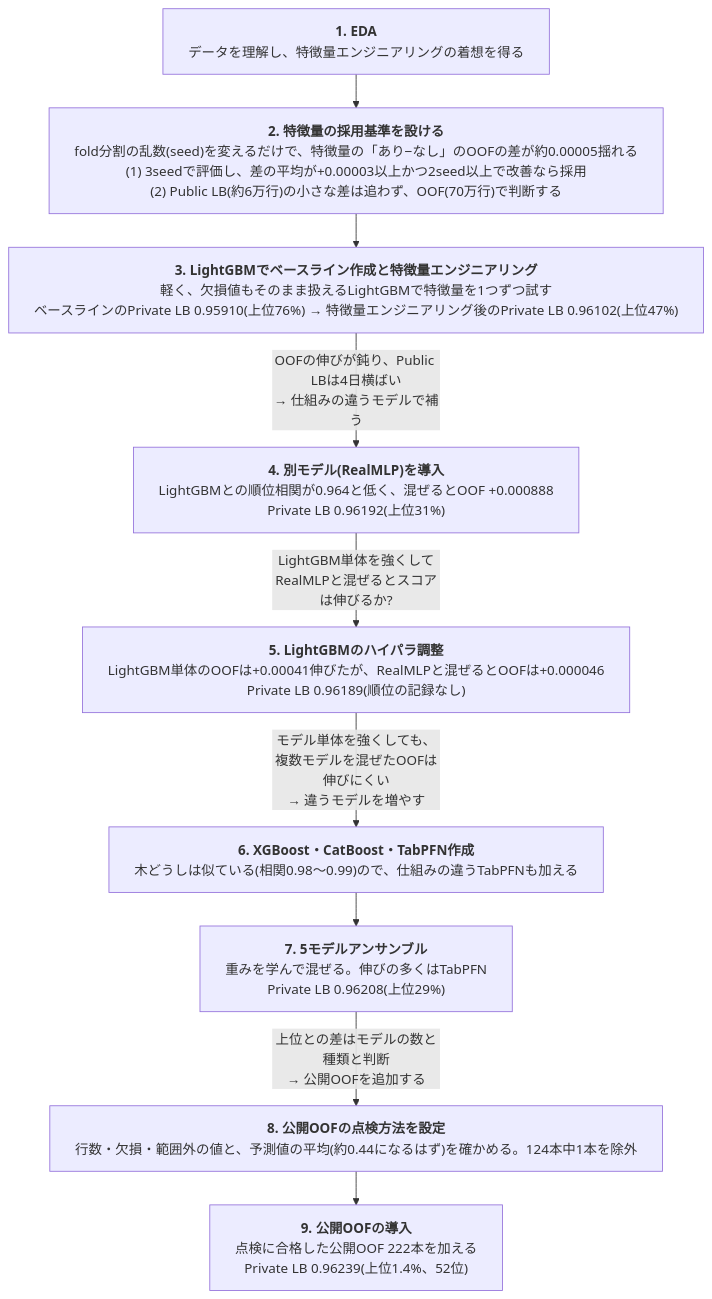
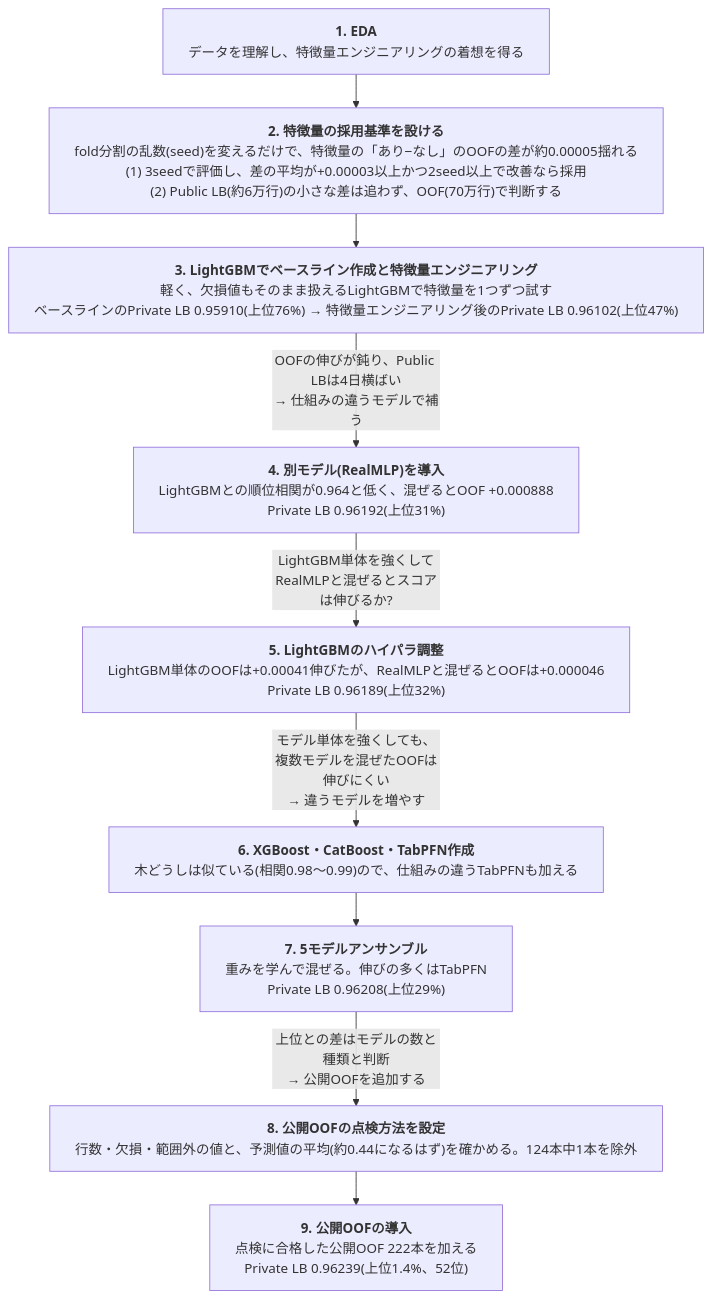
One commit to aramaki5443-art/kaggle-s6e10-airline-satisfaction changed the first of 3 diagrams in README.md. Above: the diagram before and after it, drawn with Mermaid.

Commit message:
README: フロー図5のPrivateに上位%(約1,190位/3,748)を追加
Claude-Session: https://claude.ai/code/session_01W4XQw12fApd9PttvvKTwbS

````diff
--- a/README.md
+++ b/README.md
@@ -21,24 +21,24 @@
 ```mermaid
 ---
 config:
   flowchart:
     wrappingWidth: 800
     rankSpacing: 40
 ---
 flowchart TD
   S1["<b>1. EDA</b><br>データを理解し、特徴量エンジニアリングの着想を得る"]
   SC["<b>2. 特徴量の採用基準を設ける</b><br>fold分割の乱数(seed)を変えるだけで、特徴量の「あり−なし」のOOFの差が約0.00005揺れる<br>(1) 3seedで評価し、差の平均が+0.00003以上かつ2seed以上で改善なら採用<br>(2) Public LB(約6万行)の小さな差は追わず、OOF(70万行)で判断する"]
   S2["<b>3. LightGBMでベースライン作成と特徴量エンジニアリング</b><br>軽く、欠損値もそのまま扱えるLightGBMで特徴量を1つずつ試す<br>ベースラインのPrivate LB 0.95910(上位76%) → 特徴量エンジニアリング後のPrivate LB 0.96102(上位47%)"]
   S3["<b>4. 別モデル(RealMLP)を導入</b><br>LightGBMとの順位相関が0.964と低く、混ぜるとOOF +0.000888<br>Private LB 0.96192(上位31%)"]
-  S4["<b>5. LightGBMのハイパラ調整</b><br>LightGBM単体のOOFは+0.00041伸びたが、RealMLPと混ぜるとOOFは+0.000046<br>Private LB 0.96189(順位の記録なし)"]
+  S4["<b>5. LightGBMのハイパラ調整</b><br>LightGBM単体のOOFは+0.00041伸びたが、RealMLPと混ぜるとOOFは+0.000046<br>Private LB 0.96189(上位32%)"]
   S5["<b>6. XGBoost・CatBoost・TabPFN作成</b><br>木どうしは似ている(相関0.98〜0.99)ので、仕組みの違うTabPFNも加える"]
   S6["<b>7. 5モデルアンサンブル</b><br>重みを学んで混ぜる。伸びの多くはTabPFN<br>Private LB 0.96208(上位29%)"]
   SK["<b>8. 公開OOFの点検方法を設定</b><br>行数・欠損・範囲外の値と、予測値の平均(約0.44になるはず)を確かめる。124本中1本を除外"]
   S7["<b>9. 公開OOFの導入</b><br>点検に合格した公開OOF 222本を加える<br>Private LB 0.96239(上位1.4%、52位)"]
   S1 --> SC --> S2
   S2 -->|"OOFの伸びが鈍り、Public LBは4日横ばい<br>→ 仕組みの違うモデルで補う"| S3
   S3 -->|"LightGBM単体を強くしてRealMLPと混ぜるとスコアは伸びるか?"| S4
   S4 -->|"モデル単体を強くしても、複数モデルを混ぜたOOFは伸びにくい<br>→ 違うモデルを増やす"| S5
   S5 --> S6
   S6 -->|"上位との差はモデルの数と種類と判断<br>→ 公開OOFを追加する"| SK --> S7
 ```
````
